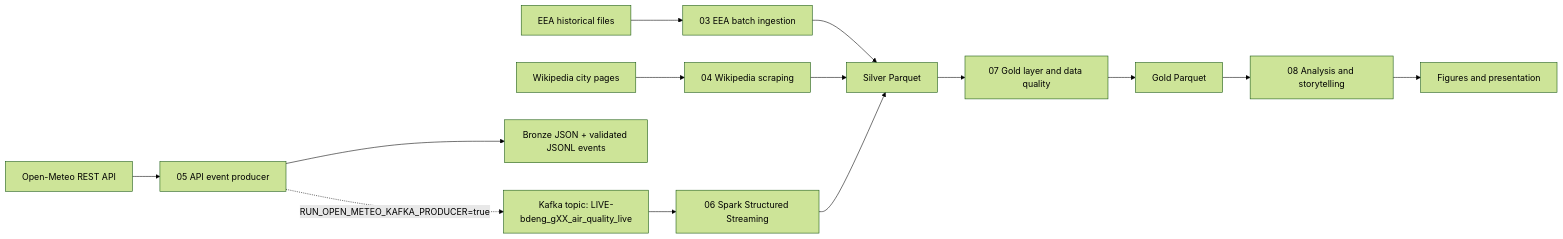
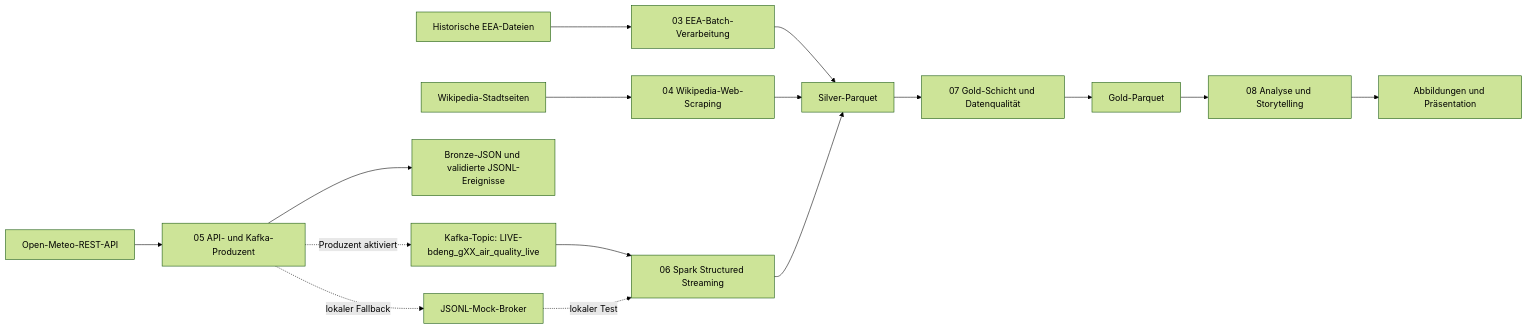
Before and after one commit to OnlyMajorG/euro-air-quality-pipeline: the diagram in README.md, drawn with Mermaid (forest theme). The commit also changed other lines of this file and 36 other files, not shown here.

Commit message:
Phase 8: Analysis, Visualization and Storytelling

````diff
--- a/README.md
+++ b/README.md
@@ -44,16 +50,18 @@
 ```mermaid
 flowchart LR
-    EEA["EEA historical files"] --> N03["03 EEA batch ingestion"]
-    WIKI["Wikipedia city pages"] --> N04["04 Wikipedia scraping"]
-    API["Open-Meteo REST API"] --> N05["05 API event producer"]
-    N05 --> RAW["Bronze JSON + validated JSONL events"]
-    N05 -. "RUN_OPEN_METEO_KAFKA_PRODUCER=true" .-> KAFKA["Kafka topic: LIVE-bdeng_gXX_air_quality_live"]
+    EEA["Historische EEA-Dateien"] --> N03["03 EEA-Batch-Verarbeitung"]
+    WIKI["Wikipedia-Stadtseiten"] --> N04["04 Wikipedia-Web-Scraping"]
+    API["Open-Meteo-REST-API"] --> N05["05 API- und Kafka-Produzent"]
+    N05 --> RAW["Bronze-JSON und validierte JSONL-Ereignisse"]
+    N05 -. "Produzent aktiviert" .-> KAFKA["Kafka-Topic: LIVE-bdeng_gXX_air_quality_live"]
+    N05 -. "lokaler Fallback" .-> MOCK["JSONL-Mock-Broker"]
     KAFKA --> N06["06 Spark Structured Streaming"]
-    N03 --> SILVER["Silver Parquet"]
+    MOCK -. "lokaler Test" .-> N06
+    N03 --> SILVER["Silver-Parquet"]
     N04 --> SILVER
     N06 --> SILVER
-    SILVER --> N07["07 Gold layer and data quality"]
-    N07 --> GOLD["Gold Parquet"]
-    GOLD --> N08["08 Analysis and storytelling"]
-    N08 --> FIG["Figures and presentation"]
+    SILVER --> N07["07 Gold-Schicht und Datenqualität"]
+    N07 --> GOLD["Gold-Parquet"]
+    GOLD --> N08["08 Analyse und Storytelling"]
+    N08 --> FIG["Abbildungen und Präsentation"]
 ```
````
